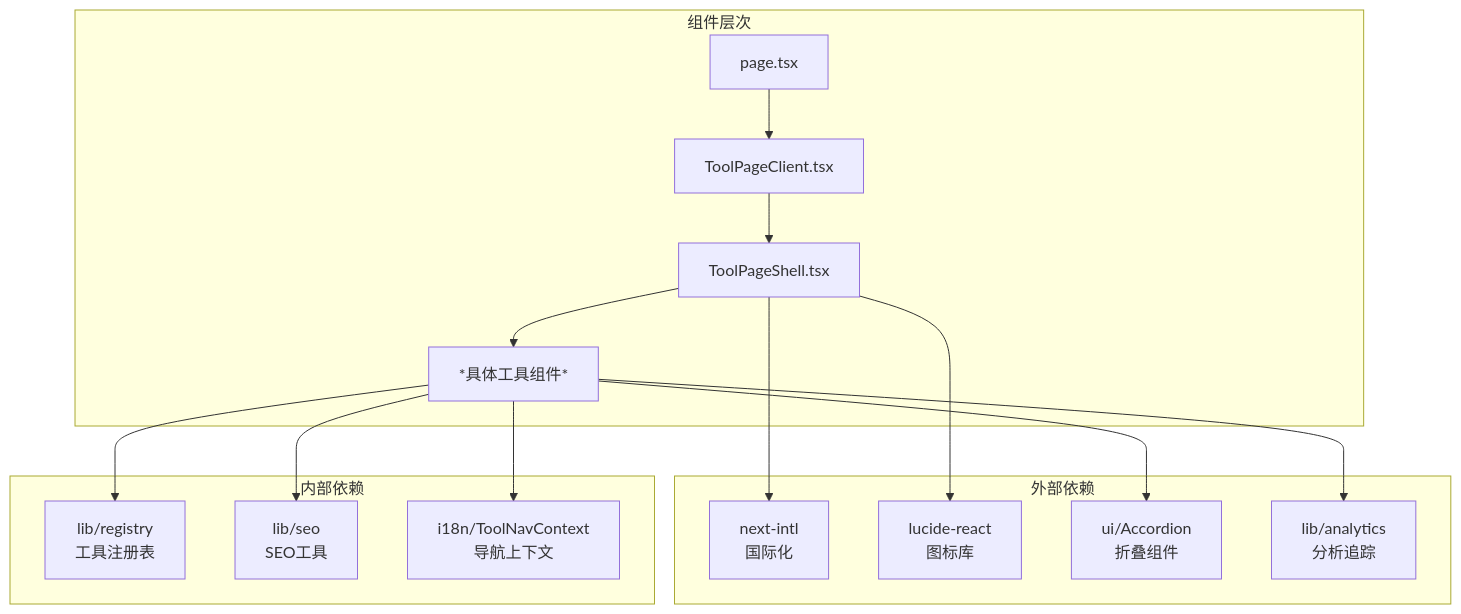
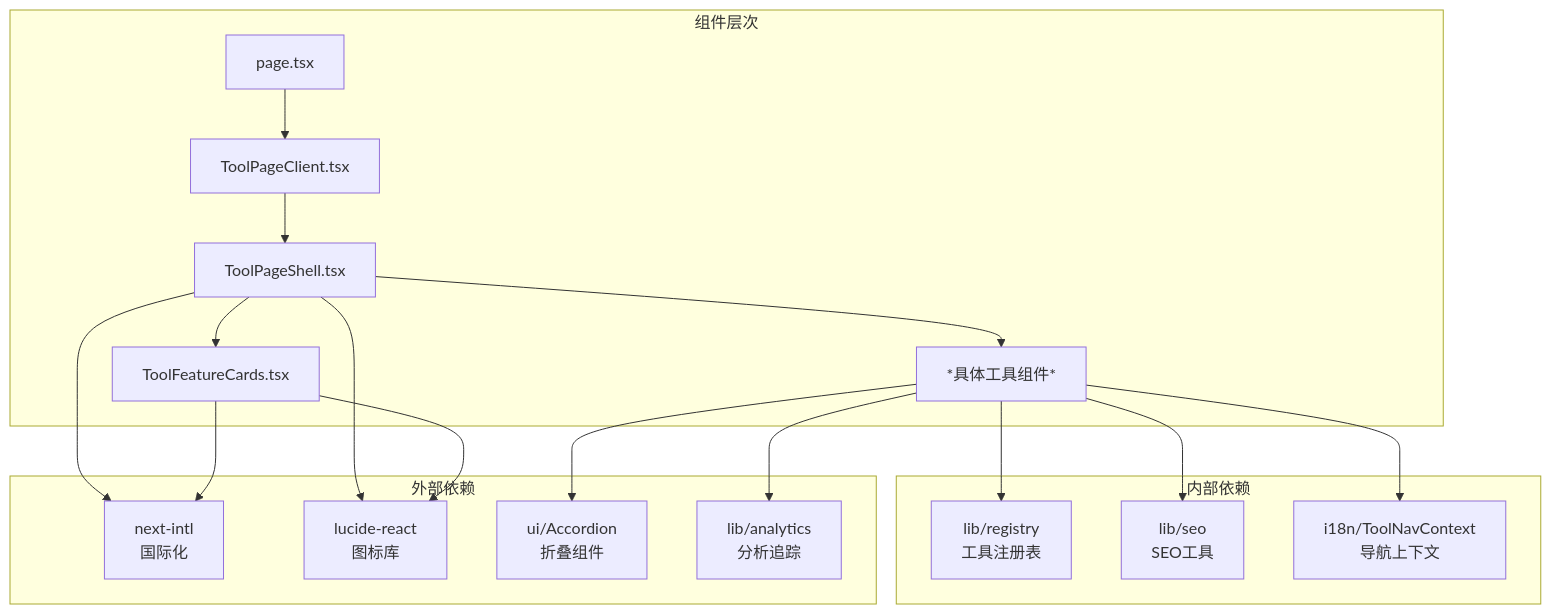
One commit to sgyy/privadeck changed the tenth of 10 diagrams in .qoder/repowiki/zh/content/组件系统/工具页面组件.md. Above: the diagram before and after it, drawn with Mermaid. The commit also changed other lines of this file and 4 other files, not shown here.

````diff
--- a/.qoder/repowiki/zh/content/组件系统/工具页面组件.md
+++ b/.qoder/repowiki/zh/content/组件系统/工具页面组件.md
@@ -371,30 +474,34 @@
 ```mermaid
 graph TB
 subgraph "外部依赖"
 NEXTINTL[next-intl<br/>国际化]
 LUCIDE[lucide-react<br/>图标库]
 ACORDEON[ui/Accordion<br/>折叠组件]
 ANALYTICS[lib/analytics<br/>分析追踪]
 end
 subgraph "内部依赖"
 REGISTRY[lib/registry<br/>工具注册表]
 SEO[lib/seo<br/>SEO工具]
 NAVCTX[i18n/ToolNavContext<br/>导航上下文]
 end
 subgraph "组件层次"
 PAGE[page.tsx]
 CLIENT[ToolPageClient.tsx]
 SHELL[ToolPageShell.tsx]
 CHILDREN[*具体工具组件*]
+FEATURECARDS[ToolFeatureCards.tsx]
 end
 PAGE --> CLIENT
 CLIENT --> SHELL
 SHELL --> CHILDREN
+SHELL --> FEATURECARDS
 SHELL --> NEXTINTL
 SHELL --> LUCIDE
 CHILDREN --> ACORDEON
 CHILDREN --> ANALYTICS
 CHILDREN --> REGISTRY
 CHILDREN --> SEO
 CHILDREN --> NAVCTX
+FEATURECARDS --> NEXTINTL
+FEATURECARDS --> LUCIDE
 ```
````
